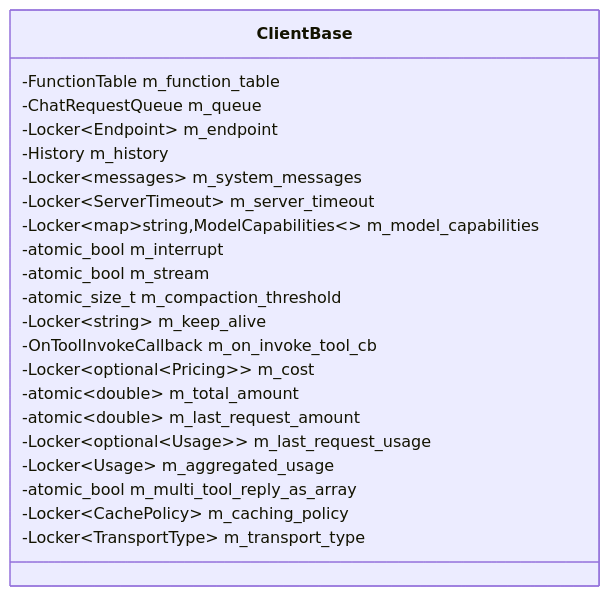
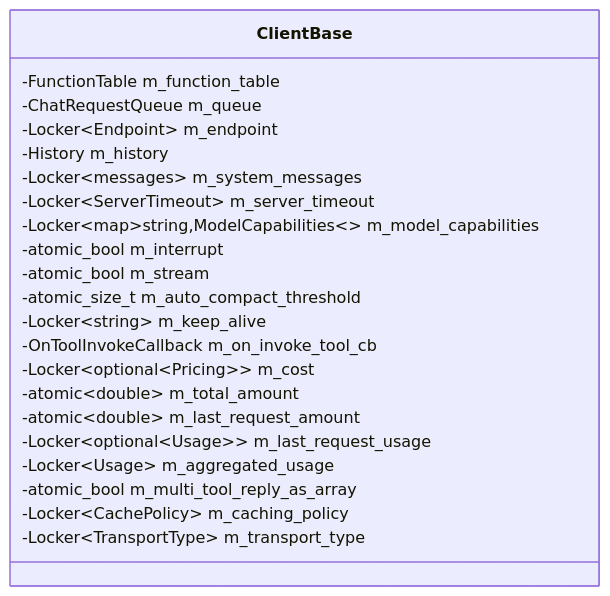
One commit to eranif/assistant changed the third of 4 diagrams in .agents/summary/data_models.md. Above: the diagram before and after it, drawn with Mermaid. The commit also changed other lines of this file and 9 other files, not shown here.

````diff
--- a/.agents/summary/data_models.md
+++ b/.agents/summary/data_models.md
@@ -213,25 +244,25 @@
 ```mermaid
 classDiagram
   class ClientBase {
     -FunctionTable m_function_table
     -ChatRequestQueue m_queue
     -Locker~Endpoint~ m_endpoint
     -History m_history
     -Locker~messages~ m_system_messages
     -Locker~ServerTimeout~ m_server_timeout
     -Locker~map~string,ModelCapabilities~~ m_model_capabilities
     -atomic_bool m_interrupt
     -atomic_bool m_stream
-    -atomic_size_t m_compaction_threshold
+    -atomic_size_t m_auto_compact_threshold
     -Locker~string~ m_keep_alive
     -OnToolInvokeCallback m_on_invoke_tool_cb
     -Locker~optional~Pricing~~ m_cost
     -atomic~double~ m_total_amount
     -atomic~double~ m_last_request_amount
     -Locker~optional~Usage~~ m_last_request_usage
     -Locker~Usage~ m_aggregated_usage
     -atomic_bool m_multi_tool_reply_as_array
     -Locker~CachePolicy~ m_caching_policy
     -Locker~TransportType~ m_transport_type
   }
 ```
````
